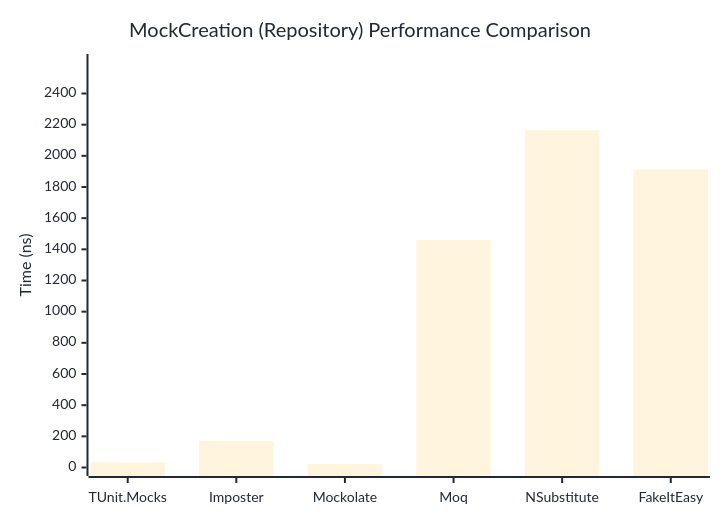
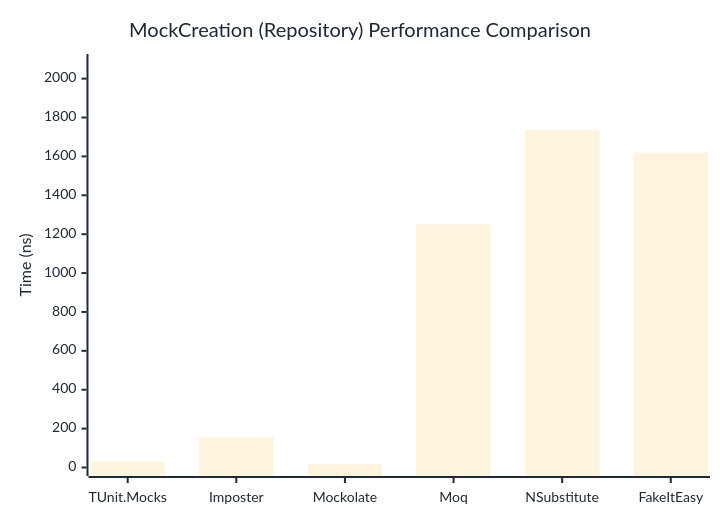
Before and after one commit to thomhurst/TUnit: the second of 2 diagrams in docs/docs/benchmarks/mocks/MockCreation.md, drawn with Mermaid. The commit also changed other lines of this file and 14 other files, not shown here.

````diff
--- a/docs/docs/benchmarks/mocks/MockCreation.md
+++ b/docs/docs/benchmarks/mocks/MockCreation.md
@@ -71,27 +71,27 @@
 ```mermaid
 %%{init: {
   'theme':'base',
   'themeVariables': {
     'primaryColor': '#2563eb',
     'primaryTextColor': '#1f2937',
     'primaryBorderColor': '#1e40af',
     'lineColor': '#6b7280',
     'secondaryColor': '#7c3aed',
     'tertiaryColor': '#dc2626',
     'background': '#ffffff',
     'pie1': '#2563eb',
     'pie2': '#7c3aed',
     'pie3': '#dc2626',
     'pie4': '#f59e0b',
     'pie5': '#10b981',
     'pie6': '#06b6d4',
     'pie7': '#ec4899',
     'pie8': '#6366f1'
   }
 }}%%
 xychart-beta
   title "MockCreation (Repository) Performance Comparison"
   x-axis ["TUnit.Mocks", "Imposter", "Mockolate", "Moq", "NSubstitute", "FakeItEasy"]
-  y-axis "Time (ns)" 0 --> 2599
-  bar [34.21, 169.8, 22.34, 1459.49, 2165.1, 1913.1]
+  y-axis "Time (ns)" 0 --> 2083
+  bar [29.25, 156.29, 17.99, 1250.85, 1735.6, 1618.5]
 ```
````
